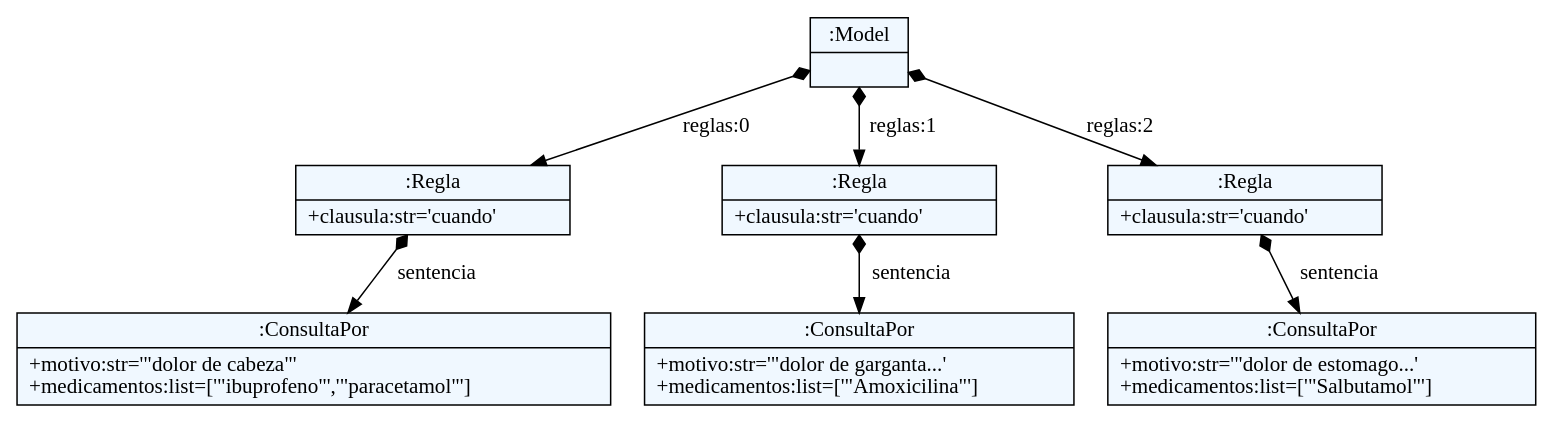
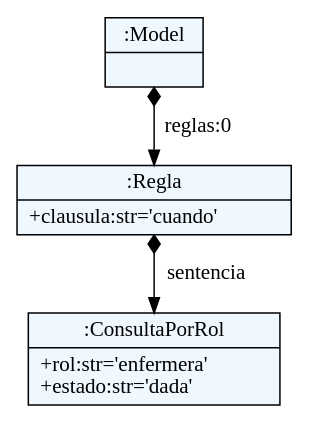
Before and after one commit to Patrick-beep-ui/KURE: the diagram in dsl/ast.dot, drawn with Graphviz. The commit also changed 6 other files, not shown here.

Commit message:
Apply rules for ConsultaPor y ConsultaPorRol

```diff
--- a/dsl/ast.dot
+++ b/dsl/ast.dot
@@ -1,28 +1,20 @@
 
     digraph textX {
     fontname = "Bitstream Vera Sans"
     fontsize = 8
     node[
         shape=record,
         style=filled,
         fillcolor=aliceblue
     ]
     nodesep = 0.3
     edge[dir=black,arrowtail=empty]
 
 
-3045420816608 -> 3045420816752 [label="reglas:0" arrowtail=diamond dir=both]
-3045420816752 -> 3045420816848 [label="sentencia" arrowtail=diamond dir=both]
-3045420816848[label="{:ConsultaPor|+motivo:str='\"dolor de cabeza\"'\l+medicamentos:list=['\"ibuprofeno\"','\"paracetamol\"']\l}"]
-3045420816752[label="{:Regla|+clausula:str='cuando'\l}"]
-3045420816608 -> 3045420755632 [label="reglas:1" arrowtail=diamond dir=both]
-3045420755632 -> 3045420816896 [label="sentencia" arrowtail=diamond dir=both]
-3045420816896[label="{:ConsultaPor|+motivo:str='\"dolor de garganta\...'\l+medicamentos:list=['\"Amoxicilina\"']\l}"]
-3045420755632[label="{:Regla|+clausula:str='cuando'\l}"]
-3045420816608 -> 3045420816800 [label="reglas:2" arrowtail=diamond dir=both]
-3045420816800 -> 3045420817040 [label="sentencia" arrowtail=diamond dir=both]
-3045420817040[label="{:ConsultaPor|+motivo:str='\"dolor de estomago\...'\l+medicamentos:list=['\"Salbutamol\"']\l}"]
-3045420816800[label="{:Regla|+clausula:str='cuando'\l}"]
-3045420816608[label="{:Model|}"]
+2003327310432 -> 2003327310384 [label="reglas:0" arrowtail=diamond dir=both]
+2003327310384 -> 2003327310672 [label="sentencia" arrowtail=diamond dir=both]
+2003327310672[label="{:ConsultaPorRol|+rol:str='enfermera'\l+estado:str='dada'\l}"]
+2003327310384[label="{:Regla|+clausula:str='cuando'\l}"]
+2003327310432[label="{:Model|}"]
 
 }
```
